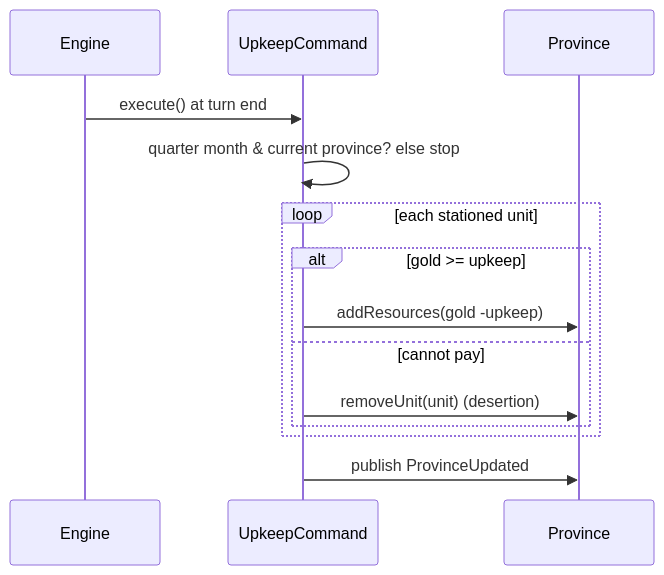
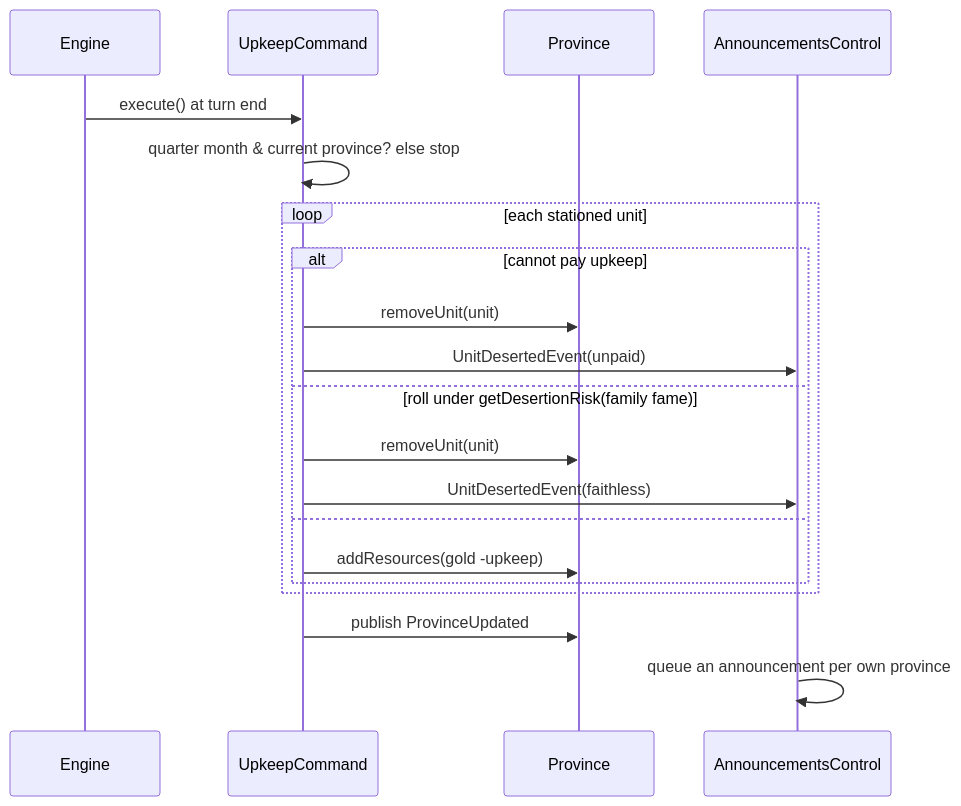
The fourth of 4 diagrams in gemfire/docs/design/06-fifth-units.md (pslotinsky/kunstkamera), drawn with Mermaid before and after one commit. The commit also changed other lines of this file and 16 other files, not shown here.

````diff
--- a/gemfire/docs/design/06-fifth-units.md
+++ b/gemfire/docs/design/06-fifth-units.md
@@ -161,16 +186,22 @@
 ```mermaid
 sequenceDiagram
   participant Engine
   participant Up as UpkeepCommand
   participant Prov as Province
+  participant UI as AnnouncementsControl
   Engine->>Up: execute() at turn end
   Up->>Up: quarter month & current province? else stop
   loop each stationed unit
-    alt gold >= upkeep
+    alt cannot pay upkeep
+      Up->>Prov: removeUnit(unit)
+      Up->>UI: UnitDesertedEvent(unpaid)
+    else roll under getDesertionRisk(family fame)
+      Up->>Prov: removeUnit(unit)
+      Up->>UI: UnitDesertedEvent(faithless)
+    else
       Up->>Prov: addResources(gold -upkeep)
-    else cannot pay
-      Up->>Prov: removeUnit(unit) (desertion)
     end
   end
   Up->>Prov: publish ProvinceUpdated
+  UI->>UI: queue an announcement per own province
 ```
````
